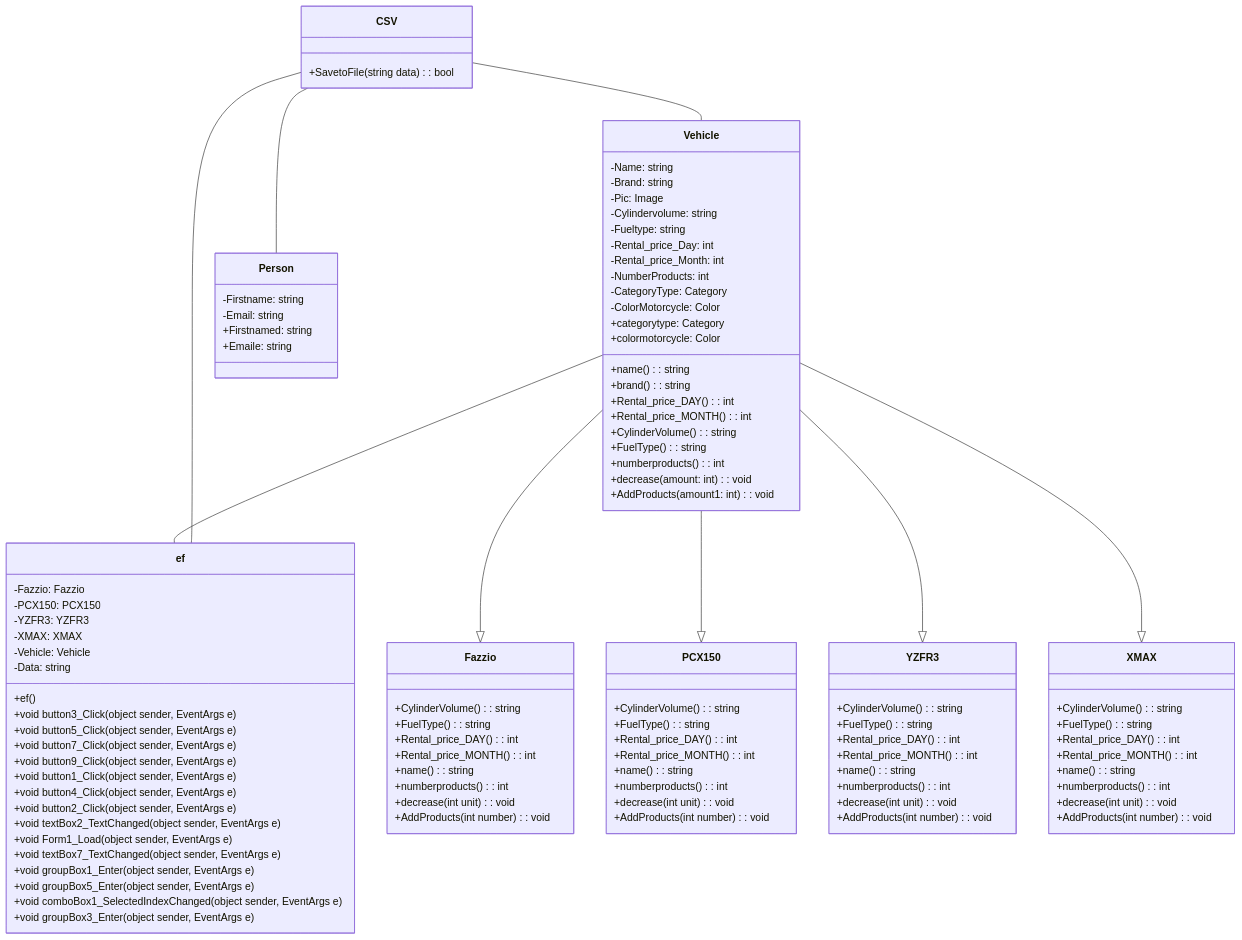
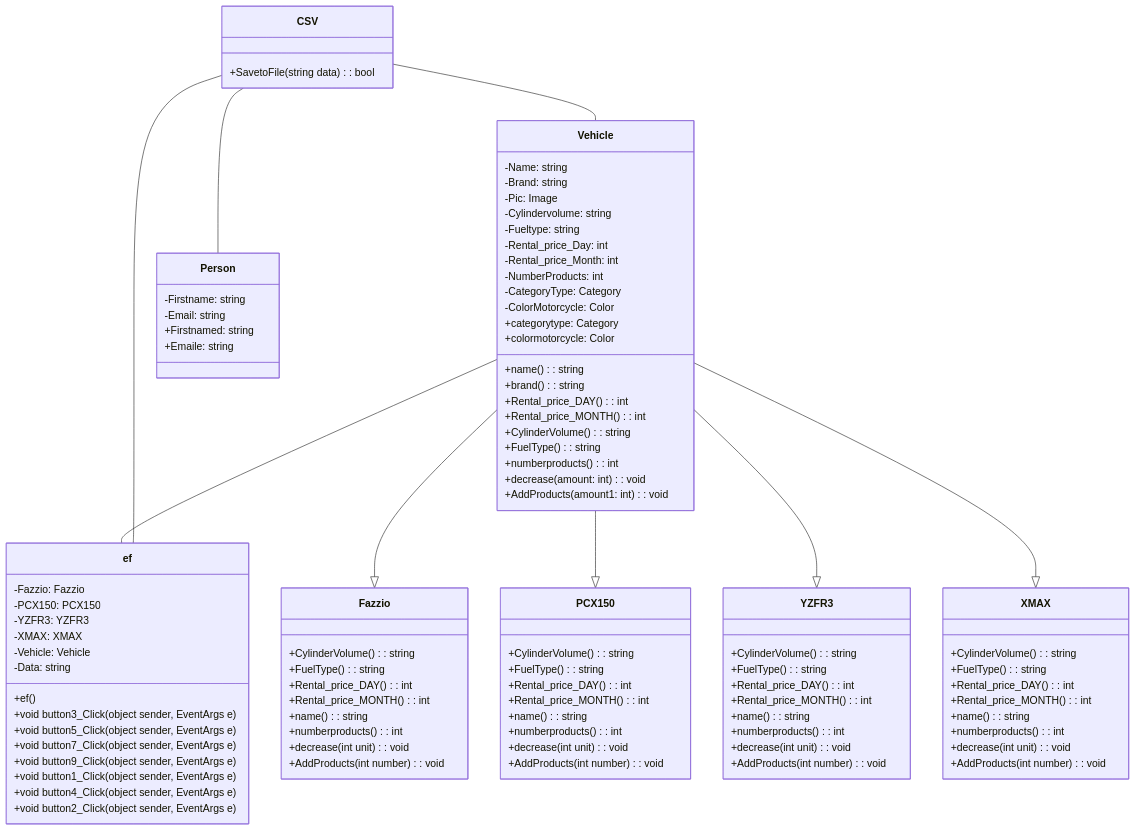
Before and after one commit to PATHAPHON/final: the diagram in Motorbike rental/README.md, drawn with Mermaid.

```diff
--- a/Motorbike rental/README.md
+++ b/Motorbike rental/README.md
@@ -75,13 +75,6 @@
         +void button1_Click(object sender, EventArgs e)
         +void button4_Click(object sender, EventArgs e)
         +void button2_Click(object sender, EventArgs e)
-        +void textBox2_TextChanged(object sender, EventArgs e)
-        +void Form1_Load(object sender, EventArgs e)
-        +void textBox7_TextChanged(object sender, EventArgs e)
-        +void groupBox1_Enter(object sender, EventArgs e)
-        +void groupBox5_Enter(object sender, EventArgs e)
-        +void comboBox1_SelectedIndexChanged(object sender, EventArgs e)
-        +void groupBox3_Enter(object sender, EventArgs e)
     }
     class Fazzio {
         +CylinderVolume(): string
```
